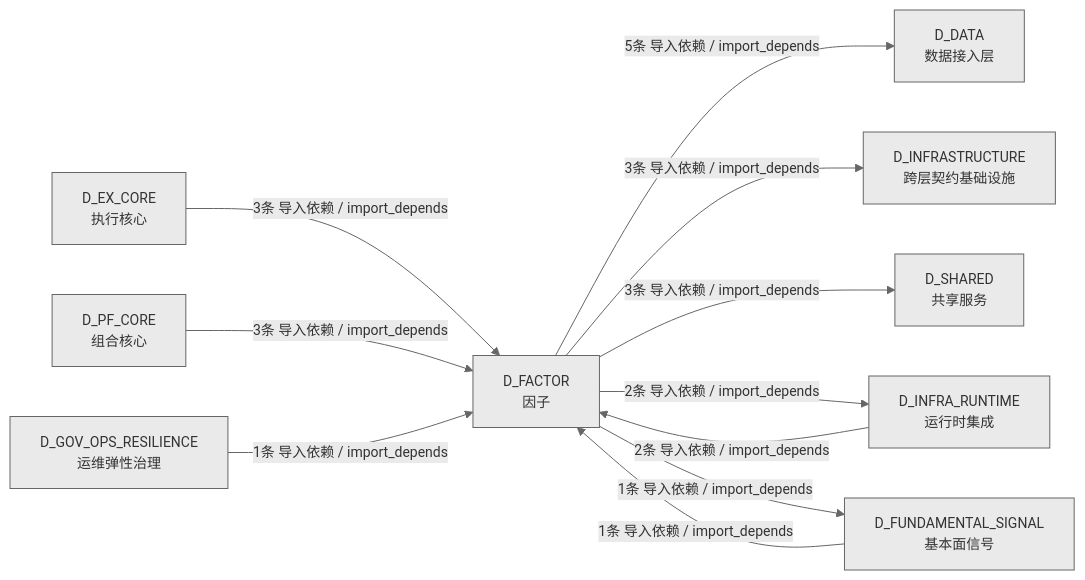
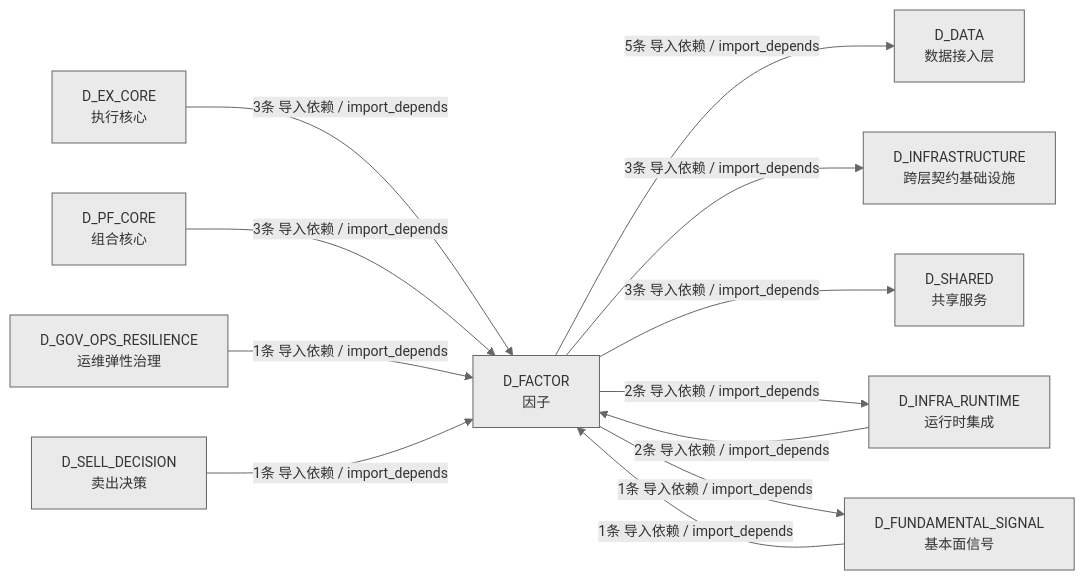
One commit to xuanFelixVan/ZephyrAlpha changed the third of 3 diagrams in docs/02_enterprise_architecture/02_domain_architecture_docs/46_d_factor.md. Above: the diagram before and after it, drawn with Mermaid. The commit also changed other lines of this file and 69 other files, not shown here.

````diff
--- a/docs/02_enterprise_architecture/02_domain_architecture_docs/46_d_factor.md
+++ b/docs/02_enterprise_architecture/02_domain_architecture_docs/46_d_factor.md
@@ -442,23 +446,25 @@
 ```mermaid
 %%{init: {'theme': 'base', 'themeVariables': {'primaryColor': '#eaeaea', 'primaryTextColor': '#333333', 'primaryBorderColor': '#666666', 'lineColor': '#666666', 'secondaryColor': '#eaeaea', 'tertiaryColor': '#eaeaea', 'fontSize': '14px'}}}%%
 graph LR
     D_FACTOR["D_FACTOR<br/>因子"]
     D_DATA["D_DATA<br/>数据接入层"]
     D_INFRASTRUCTURE["D_INFRASTRUCTURE<br/>跨层契约基础设施"]
     D_SHARED["D_SHARED<br/>共享服务"]
     D_INFRA_RUNTIME["D_INFRA_RUNTIME<br/>运行时集成"]
     D_FUNDAMENTAL_SIGNAL["D_FUNDAMENTAL_SIGNAL<br/>基本面信号"]
     D_EX_CORE["D_EX_CORE<br/>执行核心"]
     D_PF_CORE["D_PF_CORE<br/>组合核心"]
     D_GOV_OPS_RESILIENCE["D_GOV_OPS_RESILIENCE<br/>运维弹性治理"]
+    D_SELL_DECISION["D_SELL_DECISION<br/>卖出决策"]
     D_FACTOR -->|5条 导入依赖 / import_depends| D_DATA
     D_FACTOR -->|3条 导入依赖 / import_depends| D_INFRASTRUCTURE
     D_FACTOR -->|3条 导入依赖 / import_depends| D_SHARED
     D_FACTOR -->|2条 导入依赖 / import_depends| D_INFRA_RUNTIME
     D_FACTOR -->|1条 导入依赖 / import_depends| D_FUNDAMENTAL_SIGNAL
     D_EX_CORE -->|3条 导入依赖 / import_depends| D_FACTOR
     D_PF_CORE -->|3条 导入依赖 / import_depends| D_FACTOR
     D_INFRA_RUNTIME -->|2条 导入依赖 / import_depends| D_FACTOR
     D_FUNDAMENTAL_SIGNAL -->|1条 导入依赖 / import_depends| D_FACTOR
     D_GOV_OPS_RESILIENCE -->|1条 导入依赖 / import_depends| D_FACTOR
+    D_SELL_DECISION -->|1条 导入依赖 / import_depends| D_FACTOR
 ```
````
